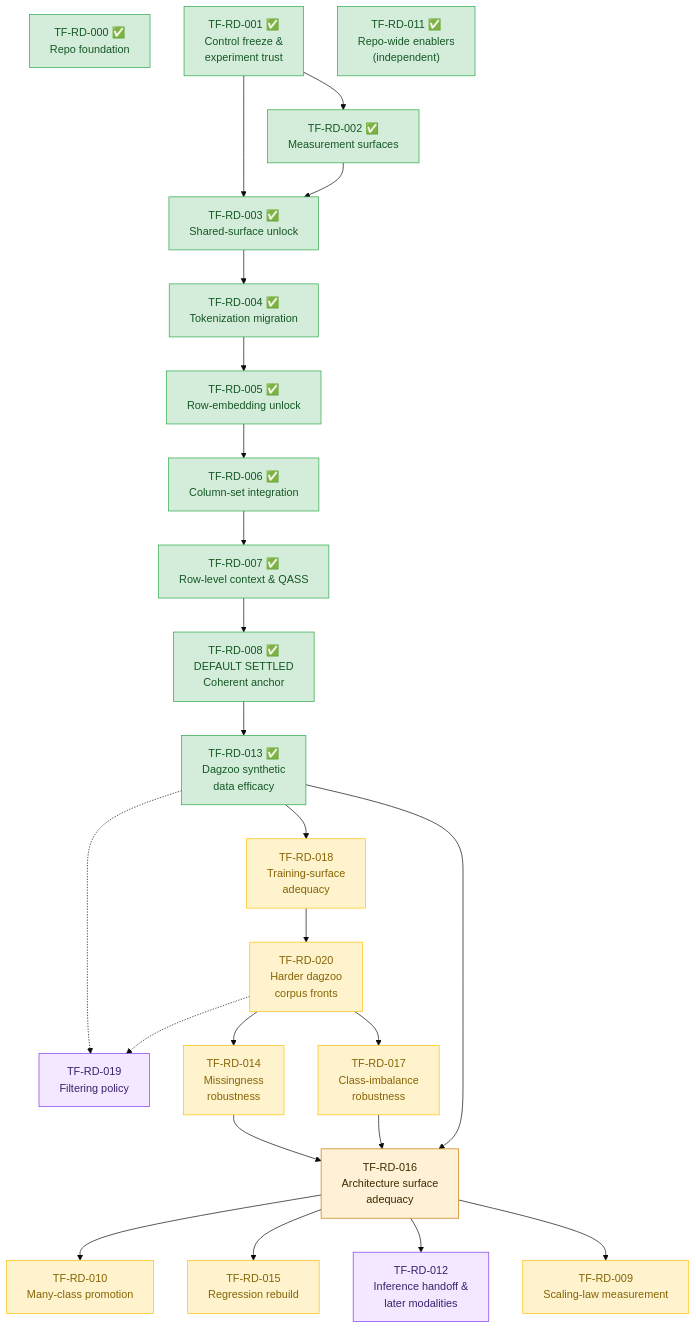
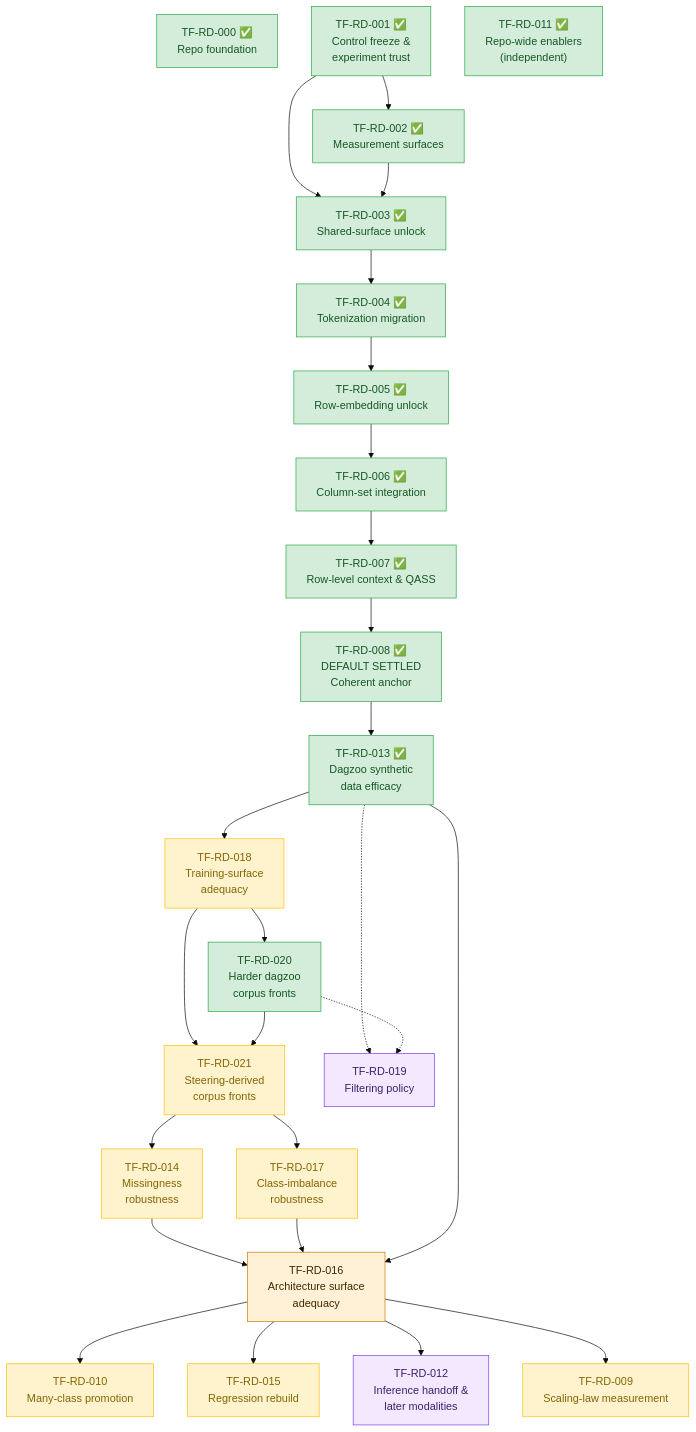
Before and after one commit to bensonlee5/tab-foundry: the diagram in docs/development/roadmap.md, drawn with Mermaid (base theme). The commit also changed other lines of this file and 4 other files, not shown here.

````diff
--- a/docs/development/roadmap.md
+++ b/docs/development/roadmap.md
@@ -159,60 +163,63 @@
 ```mermaid
 flowchart TD
     RD000["TF-RD-000 ✅<br/>Repo foundation"]
 
     RD001["TF-RD-001 ✅<br/>Control freeze &<br/>experiment trust"]
     RD002["TF-RD-002 ✅<br/>Measurement surfaces"]
     RD011["TF-RD-011 ✅<br/>Repo-wide enablers<br/>(independent)"]
 
     RD003["TF-RD-003 ✅<br/>Shared-surface unlock"]
     RD004["TF-RD-004 ✅<br/>Tokenization migration"]
     RD005["TF-RD-005 ✅<br/>Row-embedding unlock"]
     RD006["TF-RD-006 ✅<br/>Column-set integration"]
     RD007["TF-RD-007 ✅<br/>Row-level context & QASS"]
     RD008["TF-RD-008 ✅<br/>DEFAULT SETTLED<br/>Coherent anchor"]
     RD013["TF-RD-013 ✅<br/>Dagzoo synthetic<br/>data efficacy"]
     RD018["TF-RD-018<br/>Training-surface<br/>adequacy"]
     RD020["TF-RD-020<br/>Harder dagzoo<br/>corpus fronts"]
+    RD021["TF-RD-021<br/>Steering-derived<br/>corpus fronts"]
     RD019["TF-RD-019<br/>Filtering policy"]
     RD014["TF-RD-014<br/>Missingness<br/>robustness"]
     RD017["TF-RD-017<br/>Class-imbalance<br/>robustness"]
     RD016["TF-RD-016<br/>Architecture surface<br/>adequacy"]
     RD010["TF-RD-010<br/>Many-class promotion"]
     RD015["TF-RD-015<br/>Regression rebuild"]
     RD012["TF-RD-012<br/>Inference handoff &<br/>later modalities"]
     RD009["TF-RD-009<br/>Scaling-law measurement"]
 
     RD001 --> RD002
     RD001 --> RD003
     RD002 --> RD003
     RD003 --> RD004
     RD004 --> RD005
     RD005 --> RD006
     RD006 --> RD007
     RD007 --> RD008
     RD008 --> RD013
     RD013 --> RD018
     RD018 --> RD020
+    RD018 --> RD021
+    RD020 --> RD021
     RD013 -.-> RD019
     RD020 -.-> RD019
-    RD020 --> RD014
-    RD020 --> RD017
+    RD021 --> RD014
+    RD021 --> RD017
     RD014 --> RD016
     RD017 --> RD016
     RD013 --> RD016
     RD016 --> RD010
     RD016 --> RD015
     RD016 --> RD012
     RD016 --> RD009
 
     classDef done fill:#d4edda,stroke:#28a745,color:#155724;
     classDef readyNow fill:#fff3cd,stroke:#ffc107,color:#856404;
     classDef now fill:#fce4ec,stroke:#e91e63,color:#880e4f;
     classDef gate fill:#fff1d6,stroke:#c67a00,color:#3d2a00;
     classDef later fill:#f3e8ff,stroke:#7c3aed,color:#3b1f6e;
 
     class RD000,RD001,RD002,RD003,RD004,RD005,RD006,RD007,RD008,RD011,RD013,RD020 done;
-    class RD009,RD018,RD020,RD014,RD017,RD010,RD015 readyNow;
+    class RD009,RD018,RD021,RD014,RD017,RD010,RD015 readyNow;
     class RD016 gate;
     class RD012,RD019 later;
 ```
````
